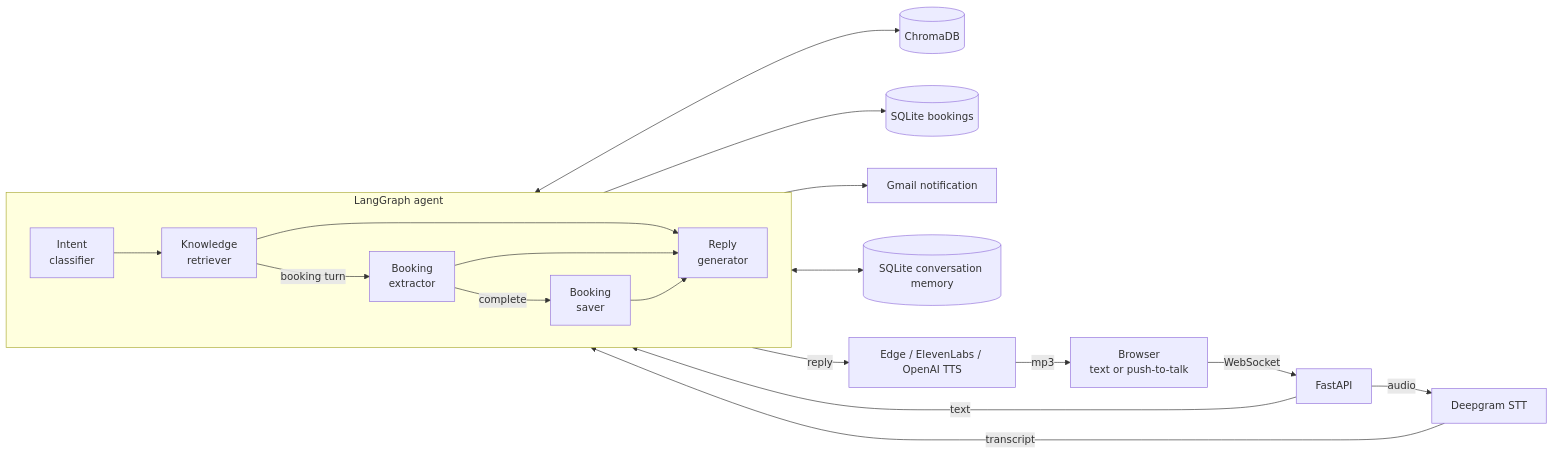
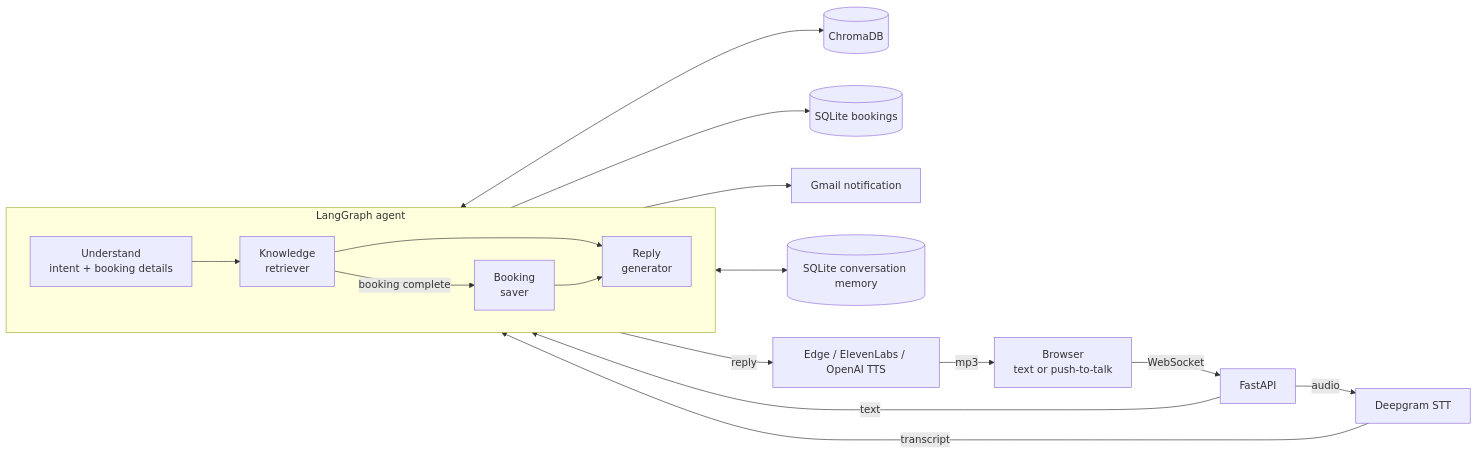
Before and after one commit to abduljalilmemon/voice-agent: the diagram in README.md, drawn with Mermaid. The commit also changed other lines of this file and 13 other files, not shown here.

First line of the commit message:
perf: merge intent classification and booking extraction into one call

````diff
--- a/README.md
+++ b/README.md
@@ -46,22 +47,20 @@
 ```mermaid
 flowchart LR
     B[Browser<br/>text or push-to-talk] -- WebSocket --> API[FastAPI]
     API -- audio --> STT[Deepgram STT]
     STT -- transcript --> G
     API -- text --> G
     subgraph G[LangGraph agent]
         direction LR
-        I[Intent<br/>classifier] --> R[Knowledge<br/>retriever]
-        R -- booking turn --> X[Booking<br/>extractor]
-        X -- complete --> S[Booking<br/>saver]
+        U[Understand<br/>intent + booking details] --> R[Knowledge<br/>retriever]
+        R -- booking complete --> S[Booking<br/>saver]
         R --> P[Reply<br/>generator]
-        X --> P
         S --> P
     end
     R <--> C[(ChromaDB)]
     S --> DB[(SQLite bookings)]
     S --> M[Gmail notification]
     G <--> MEM[(SQLite conversation memory)]
     P -- reply --> TTS[Edge / ElevenLabs / OpenAI TTS]
     TTS -- mp3 --> B
 ```
````
